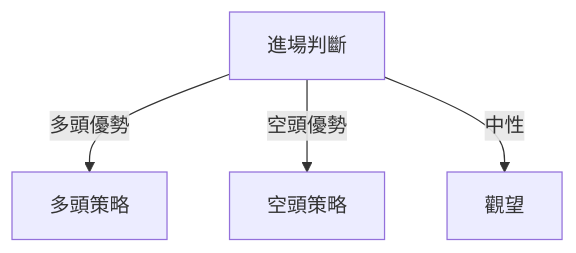
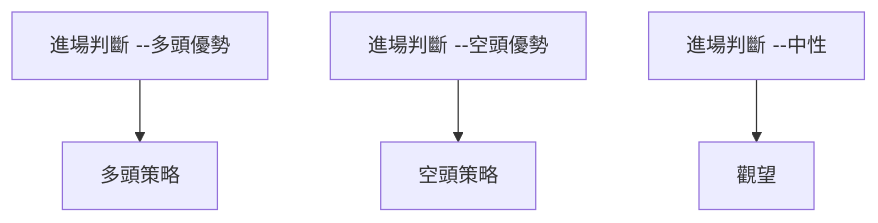
The ninth of 10 diagrams in ai_gen_report/stock/amzn/technical_analysis_2026-03-31_openai.md (yennanliu/finance_data), drawn with Mermaid before and after one commit. The commit also changed other lines of this file and 2258 other files, not shown here.

First line of the commit message:
chore: backfill Mermaid syntax repair across existing reports

````diff
--- a/ai_gen_report/stock/amzn/technical_analysis_2026-03-31_openai.md
+++ b/ai_gen_report/stock/amzn/technical_analysis_2026-03-31_openai.md
@@ -314,6 +314,6 @@
 ```mermaid
 graph TD
-    進場判斷 --多頭優勢--> 多頭策略
-    進場判斷 --空頭優勢--> 空頭策略
-    進場判斷 --中性--> 觀望
+    nb1["進場判斷 --多頭優勢"] --> 多頭策略
+    nb2["進場判斷 --空頭優勢"] --> 空頭策略
+    nb3["進場判斷 --中性"] --> 觀望
 ```
````
